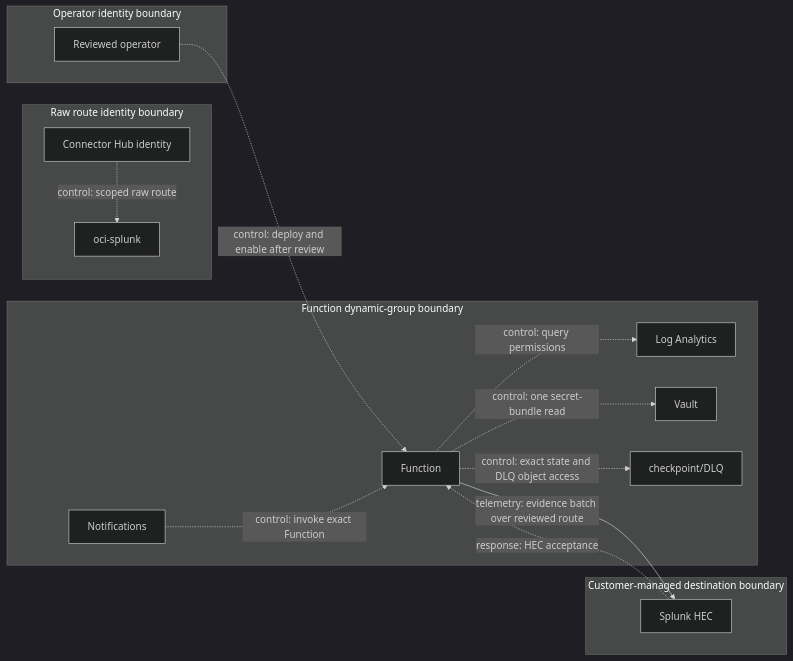
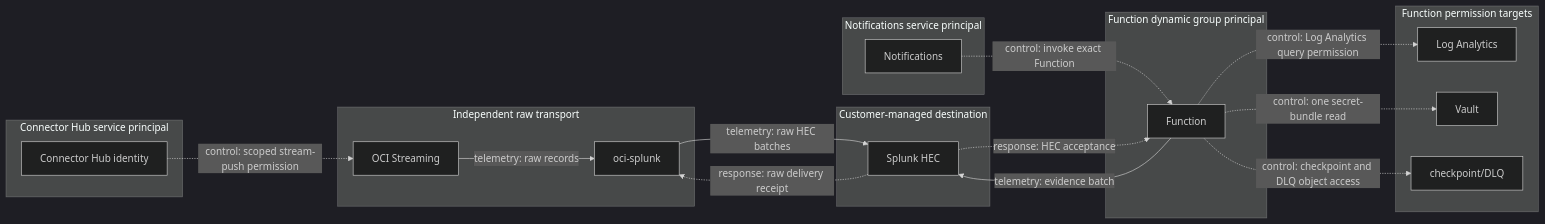
The diagram in docs/diagrams/logan-splunk-iam-boundaries.mmd (adibirzu/oci-log-analytics-detections), drawn with Mermaid (dark theme) before and after one commit. The commit also changed 10 other files, not shown here.

```diff
--- a/docs/diagrams/logan-splunk-iam-boundaries.mmd
+++ b/docs/diagrams/logan-splunk-iam-boundaries.mmd
@@ -1,29 +1,35 @@
 %% Title: Least-privilege identities and trust boundaries
 %% Evidence: configured disabled Terraform and IAM review output; provider verified = false; release accepted = false
 %% Primary objects: 9
 flowchart LR
-  subgraph OP["Operator identity boundary"]
-    operator["Reviewed operator"]
+  subgraph CONNECTOR["Connector Hub service principal"]
+    connector["Connector Hub identity"]
   end
-  subgraph RAW["Raw route identity boundary"]
-    connector["Connector Hub identity"]
+  subgraph RAW["Independent raw transport"]
+    streaming["OCI Streaming"]
     oci_splunk["oci-splunk"]
   end
-  subgraph FN["Function dynamic-group boundary"]
+  subgraph ONS["Notifications service principal"]
+    notifications["Notifications"]
+  end
+  subgraph FUNCTION["Function dynamic group principal"]
     function["Function"]
+  end
+  subgraph TARGETS["Function permission targets"]
     logan["Log Analytics"]
     vault["Vault"]
     state["checkpoint/DLQ"]
-    notifications["Notifications"]
   end
-  subgraph DEST["Customer-managed destination boundary"]
+  subgraph DEST["Customer-managed destination"]
     hec["Splunk HEC"]
   end
-  operator -.->|"control: deploy and enable after review"| function
-  connector -.->|"control: scoped raw route"| oci_splunk
+  connector -.->|"control: scoped stream-push permission"| streaming
+  streaming -->|"telemetry: raw records"| oci_splunk
+  oci_splunk -->|"telemetry: raw HEC batches"| hec
+  hec -.->|"response: raw delivery receipt"| oci_splunk
   notifications -.->|"control: invoke exact Function"| function
-  function -.->|"control: query permissions"| logan
+  function -.->|"control: Log Analytics query permission"| logan
   function -.->|"control: one secret-bundle read"| vault
-  function -.->|"control: exact state and DLQ object access"| state
-  function -->|"telemetry: evidence batch over reviewed route"| hec
+  function -.->|"control: checkpoint and DLQ object access"| state
+  function -->|"telemetry: evidence batch"| hec
   hec -.->|"response: HEC acceptance"| function
```
